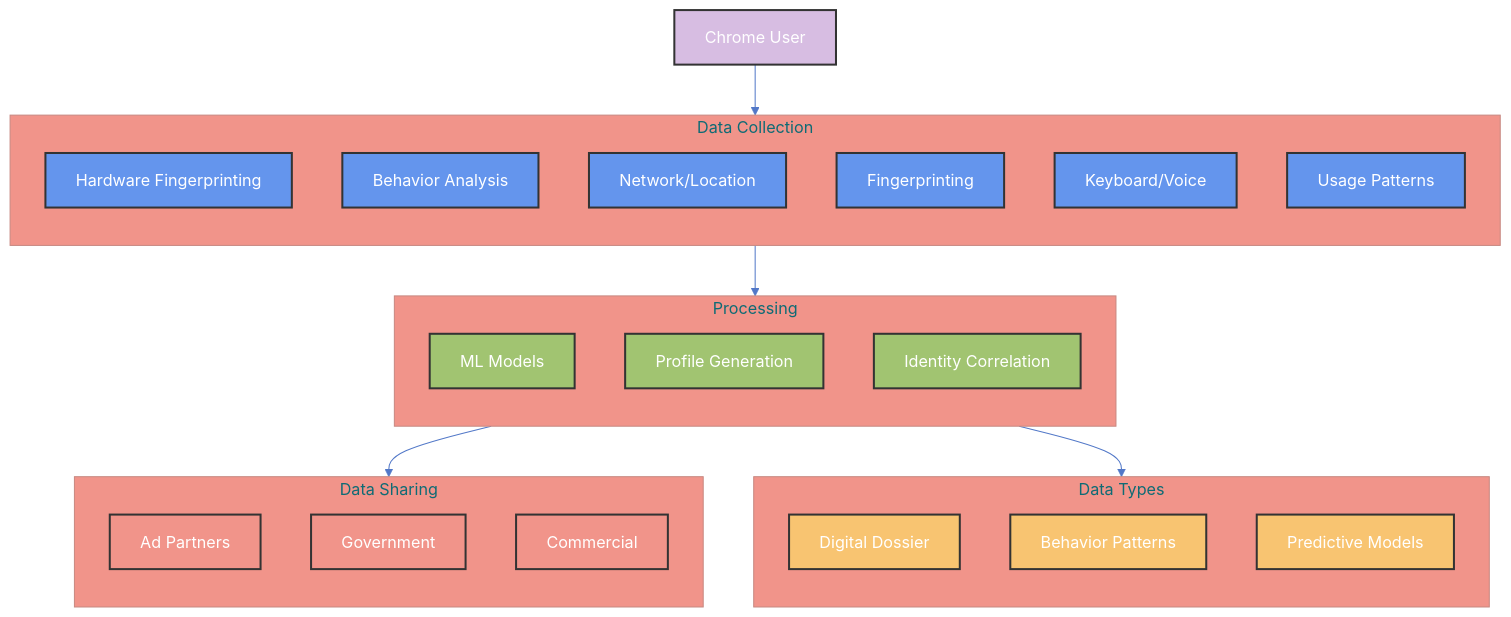
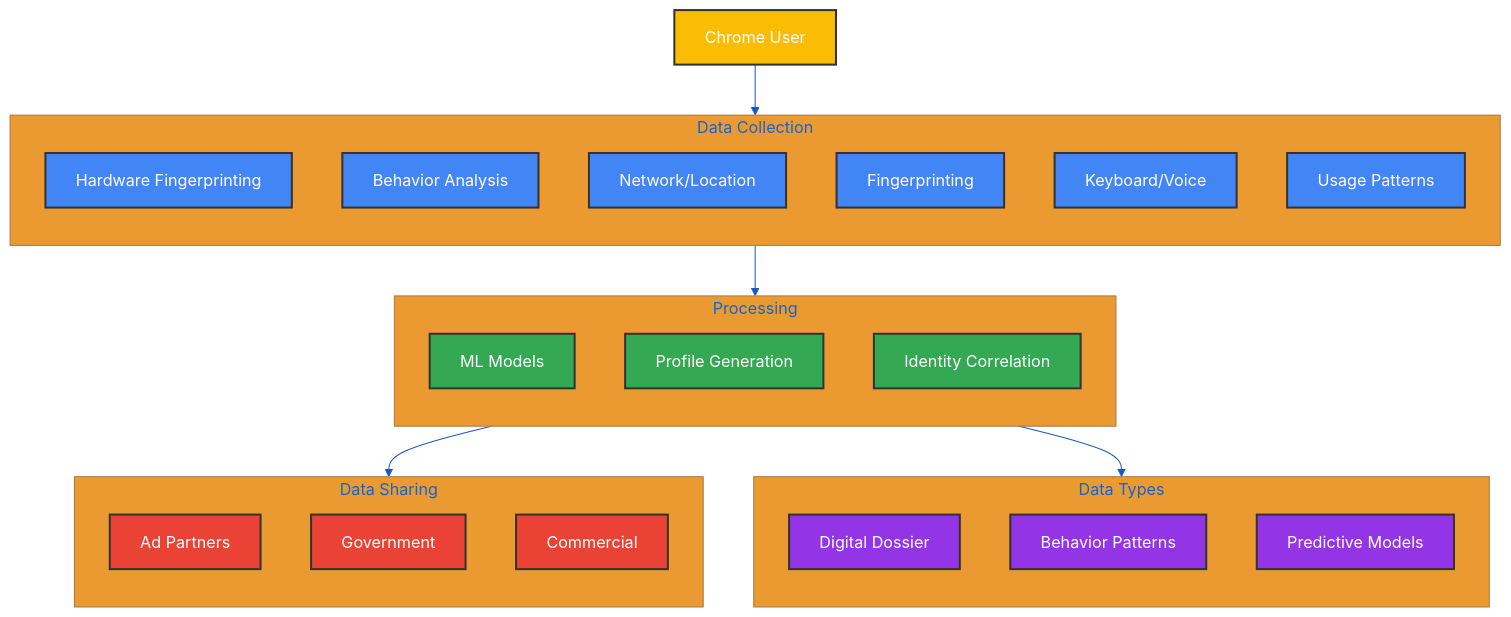
One commit to booyasatoshi/googleguard changed the diagram in README.md. Above: the diagram before and after it, drawn with Mermaid.

Commit message:
Fixed Mermaid chart design

````diff
--- a/README.md
+++ b/README.md
@@ -40,79 +40,57 @@
 ```mermaid
 %%{init: {
   'theme': 'base',
   'themeVariables': {
-    'primaryColor': '#6495ED',
+    'primaryColor': '#1a73e8',
     'primaryTextColor': '#fff',
-    'primaryBorderColor': '#5278c8',
-    'lineColor': '#5278c8',
-    'secondaryColor': '#73c6b6',
-    'tertiaryColor': '#f1948a',
+    'primaryBorderColor': '#185abc',
+    'lineColor': '#185abc',
     'backgroundColor': '#ffffff'
   }
 }}%%
 
 flowchart TB
-    classDef collection fill:#6495ED,stroke:#333,stroke-width:2px;
-    classDef processing fill:#A1C471,stroke:#333,stroke-width:2px;
-    classDef sharing fill:#F1948A,stroke:#333,stroke-width:2px;
-    classDef user fill:#D7BDE2,stroke:#333,stroke-width:2px;
-    classDef datatypes fill:#F8C471,stroke:#333,stroke-width:2px;
+    classDef collection fill:#4285f4,stroke:#333,stroke-width:2px,color:#ffffff;
+    classDef processing fill:#34a853,stroke:#333,stroke-width:2px,color:#ffffff;
+    classDef sharing fill:#ea4335,stroke:#333,stroke-width:2px,color:#ffffff;
+    classDef user fill:#fbbc04,stroke:#333,stroke-width:2px,color:#ffffff;
+    classDef datatypes fill:#9334e6,stroke:#333,stroke-width:2px,color:#ffffff;
 
     User[Chrome User]:::user
-    click User "Chrome actively tracks user identity across sessions, devices, and browsing modes (including incognito). It creates a persistent user profile that survives browser reinstalls and system changes."
 
     subgraph DC[Data Collection]
         direction TB
         H[Hardware Fingerprinting]:::collection
         B[Behavior Analysis]:::collection
         N[Network/Location]:::collection
         F[Fingerprinting]:::collection
         K[Keyboard/Voice]:::collection
         U[Usage Patterns]:::collection
     end
 
-    click H "Hardware fingerprinting collects: CPU core count & model, GPU details, RAM amount, screen resolution, available fonts, installed drivers, audio processing characteristics, battery status, and device sensors. This creates a unique device signature that's 99.24% accurate for identification."
-    click B "Behavior analysis tracks: Scroll patterns, mouse movements, hover time, reading speed, click patterns, tab switching frequency, window management, and content interaction patterns. ML algorithms analyze these to create behavioral fingerprints."
-    click N "Network/Location monitoring includes: IP addresses, DNS queries, VPN detection, connection patterns, GPS data, WiFi access points, and cellular towers. Chrome tracks precise location even when location services are disabled using IP and network signatures."
-    click F "Advanced fingerprinting uses: Canvas rendering patterns, WebGL fingerprints, audio processing signatures, CSS feature detection, and system color depth. These create additional unique identifiers that persist across sessions."
-    click K "Input analysis captures: Keystroke timing patterns, key press duration, typing errors, voice patterns, accent analysis, microphone signatures, and correction behaviors. This creates a biometric profile of the user."
-    click U "Usage pattern tracking includes: Active hours, browsing duration, tab count, extension usage, bookmark patterns, form fill patterns, and site interaction behaviors. This helps build the user's digital routine profile."
-
     subgraph PR[Processing]
         direction TB
         ML[ML Models]:::processing
         P[Profile Generation]:::processing
         I[Identity Correlation]:::processing
     end
-
-    click ML "Machine Learning systems process raw data through neural networks to identify patterns, predict behavior, and correlate identities. Uses advanced AI models for real-time analysis and profile updates."
-    click P "Profile generation combines all data points into a comprehensive digital dossier, including behavioral patterns, interests, social connections, and predicted future behaviors."
-    click I "Identity correlation uses ML to link profiles across devices, browsers, and sessions, even when using privacy tools. 94.7% accurate in identifying users across different devices."
 
     subgraph DS[Data Sharing]
         direction TB
         A[Ad Partners]:::sharing
         G[Government]:::sharing
         C[Commercial]:::sharing
     end
 
-    click A "Advertising partners receive detailed profiles for targeted advertising, including behavioral patterns, interests, and predicted purchasing behavior."
-    click G "Government agencies can access user data through legal frameworks, including FISA courts and national security letters. Includes real-time surveillance capabilities."
-    click C "Commercial partners receive aggregated and individual user data for market research, product development, and user targeting."
-
     subgraph DT[Data Types]
         direction TB
         D1[Digital Dossier]:::datatypes
         D2[Behavior Patterns]:::datatypes
         D3[Predictive Models]:::datatypes
     end
 
-    click D1 "Complete digital profile including: browsing history, interests, social connections, political views, health concerns, financial status, and personal preferences."
-    click D2 "Detailed behavioral analysis showing: daily routines, attention patterns, emotional responses to content, decision-making patterns, and cognitive behaviors."
-    click D3 "Predictive models forecast: future interests, purchasing decisions, life changes, travel plans, and potential security/privacy risks."
-
     User --> DC
     DC --> PR
     PR --> DS
     PR --> DT
 ```
````
